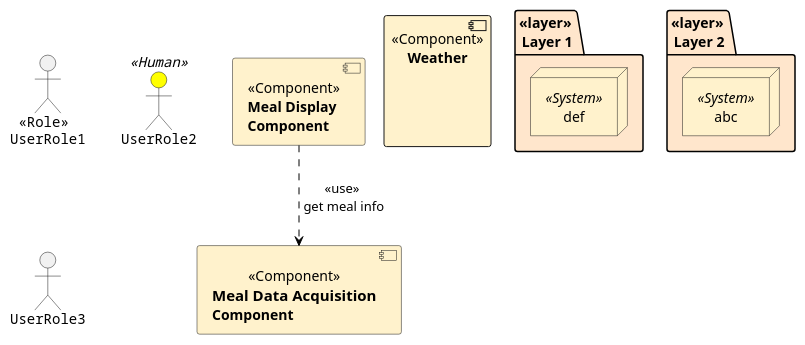
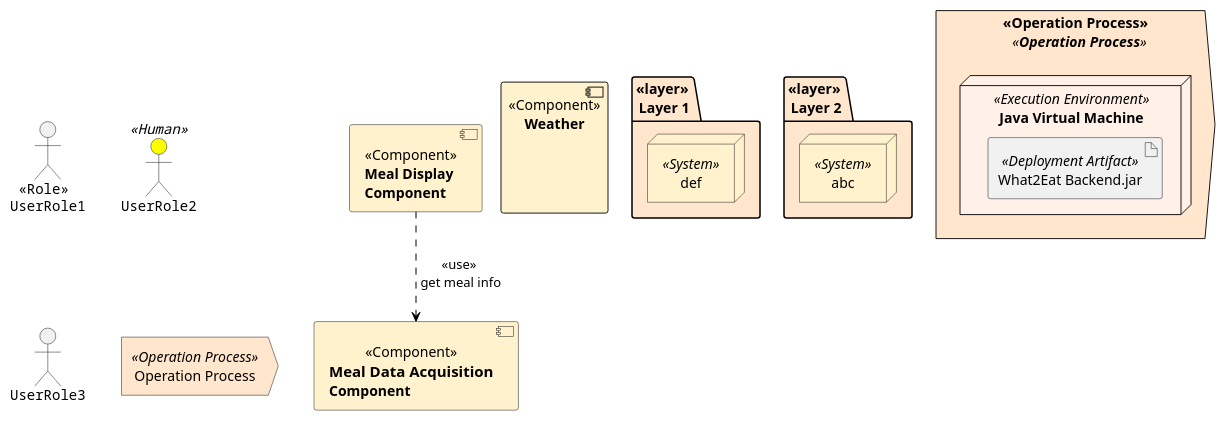
One commit to YanChunChang/BA_Plantuml changed the diagram in syntax_notiz.plantuml. Above: the diagram before and after it, drawn with PlantUML. The commit also changed 1 other file, not shown here.

```diff
--- a/syntax_notiz.plantuml
+++ b/syntax_notiz.plantuml
@@ -1,39 +1,46 @@
 @startuml Notiz
 
 'Role 1
 : <<Role>>\nUserRole1:
 'Role 2
 skinparam {
 ActorFontName Courier
 ActorBackgroundColor<< Human >> Yellow
 }
 UserRole2 << Human >>
 'Role 3
 :UserRole3:
 
 
 'left to right direction
 skinparam component {
     backgroundColor<<Component>> #fff2cc
     FontStyle normal
 }
 'anders Schreibweise
 [**Meal** **Display** \n**Component**] <<Component>> as a
 [===Meal Data Acquisition \n**Component**] <<Component>> as b
 a --> b  #black;line.dashed;:<<use>>\n get meal info
 
 'mit Abstand
 component "**Weather**" <<Component>> as c #fff2cc{
     label "\n"
 }
 
 'Layer kann mit folder und package abgebildet werden
 folder "<<layer>> \nLayer 1" as f #ffe6cc {
         node "def" << System >> as def #fff2cc
 
 }
 package "<<layer>> \nLayer 2" as p  #ffe6cc{
         node "abc" << System >> as abc #fff2cc
 }
 
+'Problem bei OP
+action "Operation Process" <<Operation Process>> as op #ffe6cc
+action "<<Operation Process>>" <<**Operation Process**>> as op1 #ffe6cc{
+    node "**Java Virtual Machine**" <<Execution Environment>> as h1 #fff0e8{
+        artifact "What2Eat Backend.jar" <<Deployment Artifact>> as l1
+    }
+}
 @enduml
```
